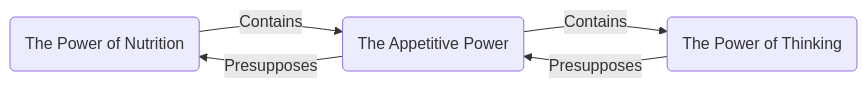
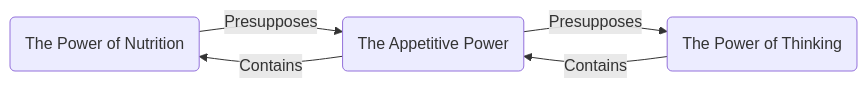
The diagram in 4 - Senior Year/Fall 2025/Ancient Philosophy/!Papers/Paper 3 - Aristotle/A Comparison of Philosophers and the Soul -.md (0x9ONU/Obsidian-Notes), drawn with Mermaid before and after one commit. The commit also changed other lines of this file and 6 other files, not shown here.

````diff
--- a/4 - Senior Year/Fall 2025/Ancient Philosophy/!Papers/Paper 3 - Aristotle/A Comparison of Philosophers and the Soul -.md
+++ b/4 - Senior Year/Fall 2025/Ancient Philosophy/!Papers/Paper 3 - Aristotle/A Comparison of Philosophers and the Soul -.md
@@ -26,5 +26,5 @@
 ```mermaid
 flowchart LR
-A(The Power of Nutrition)--Contains-->B(The Appetitive Power)--Contains-->C(The Power of Thinking)
-C--Presupposes-->B--Presupposes-->A
+A(The Power of Nutrition)--Presupposes-->B(The Appetitive Power)--Presupposes-->C(The Power of Thinking)
+C--Contains-->B--Contains-->A
 ```
````
